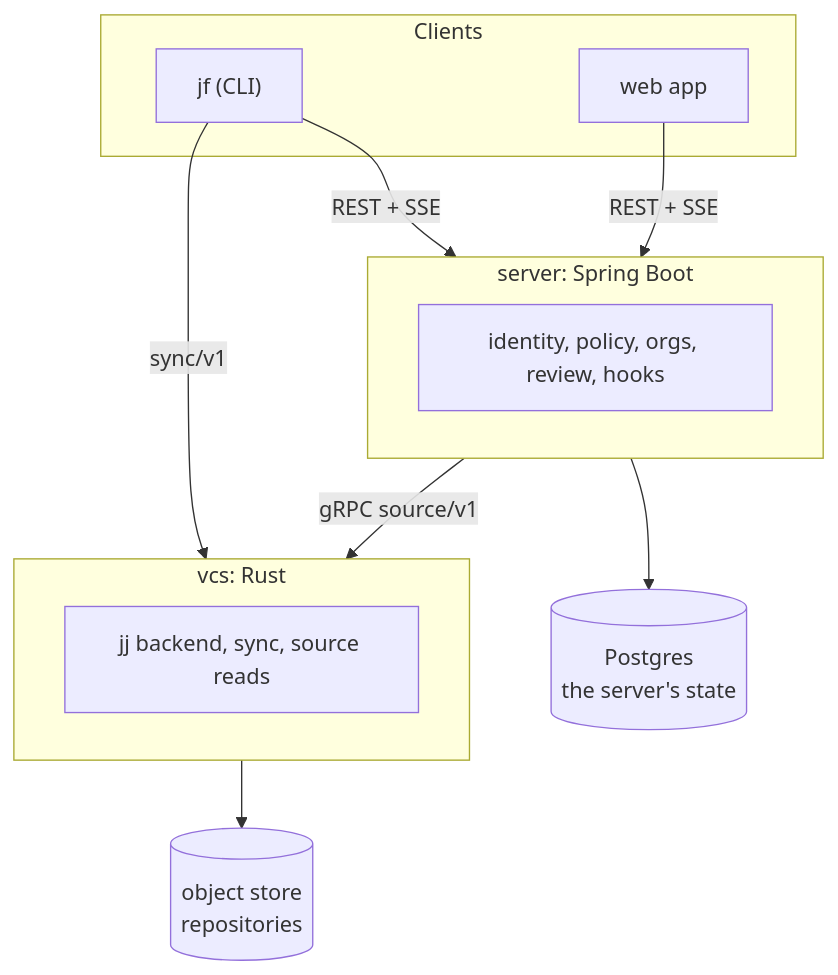
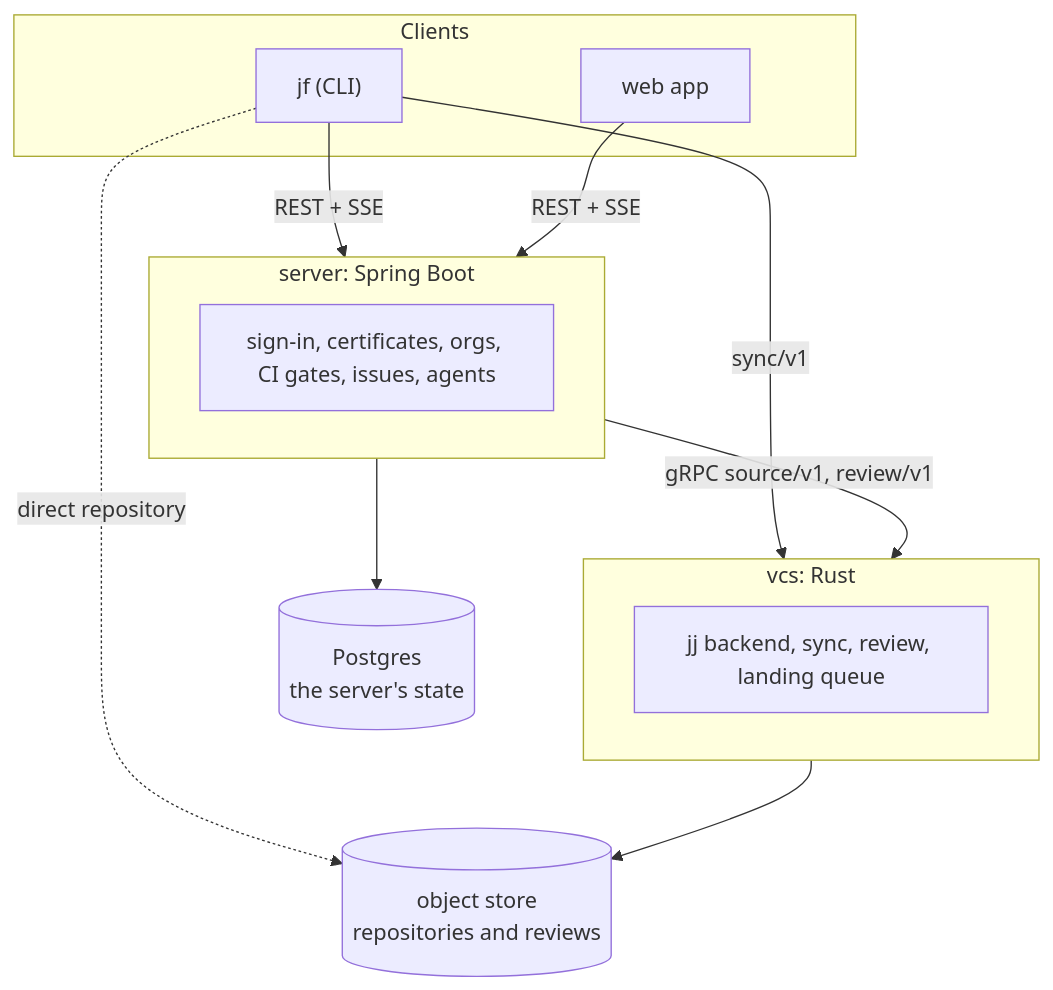
One commit to nca-apprentices/jjforge changed the diagram in shared/docs/architecture.md. Above: the diagram before and after it, drawn with Mermaid. The commit also changed other lines of this file and 51 other files, not shown here.

First line of the commit message:
feat(vcs)!: run vcs on its own with named principals and source reads (#162)

````diff
--- a/shared/docs/architecture.md
+++ b/shared/docs/architecture.md
@@ -9,26 +9,27 @@
 ```mermaid
 flowchart TB
     subgraph clients[Clients]
         cli["jf (CLI)"]
         web[web app]
     end
 
     subgraph server["server: Spring Boot"]
-        domains["identity, policy, orgs, review, hooks"]
+        domains["sign-in, certificates, orgs, CI gates, issues, agents"]
     end
 
     pg[("Postgres<br/>the server's state")]
 
     subgraph vcs["vcs: Rust"]
-        vdomains["jj backend, sync, source reads"]
+        vdomains["jj backend, sync, review, landing queue"]
     end
 
-    store[("object store<br/>repositories")]
+    store[("object store<br/>repositories and reviews")]
 
     cli -- "REST + SSE" --> server
     web -- "REST + SSE" --> server
     cli -- "sync/v1" --> vcs
-    server -- "gRPC source/v1" --> vcs
+    cli -. "direct repository" .-> store
+    server -- "gRPC source/v1, review/v1" --> vcs
     server --> pg
     vcs --> store
 ```
````
